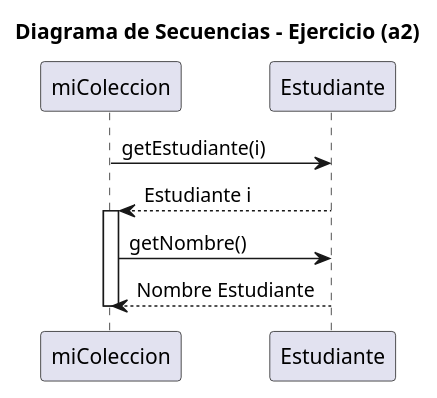
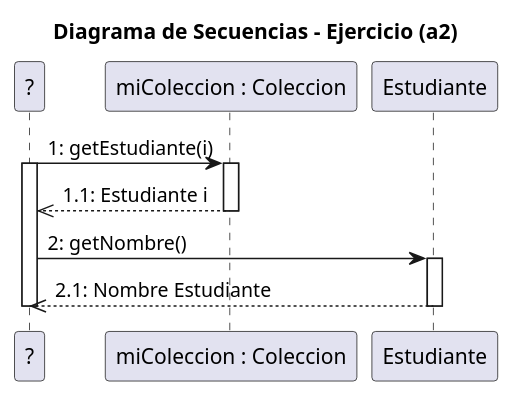
The diagram in docs/diagrams/P3-a2.plantuml (rahigrim/IS-022023), drawn with PlantUML before and after one commit. The commit also changed 1 other file, not shown here.

Commit message:
--FIXED/Understood-- | UNKNOWN Sequence Initiator

```diff
--- a/docs/diagrams/P3-a2.plantuml
+++ b/docs/diagrams/P3-a2.plantuml
@@ -1,15 +1,27 @@
 @startuml
 title Diagrama de Secuencias - Ejercicio (a2)
 
-participant "miColeccion" as MC 
+participant "?" as Unknown 
+participant "miColeccion : Coleccion" as MC 
 participant "Estudiante" as E
 
-MC -> E :getEstudiante(i)
-E --> MC : Estudiante i 
+/' Initiator-Trigger is actually UNKNOWN
+in miColeccion.getEstudiante(i).getNombre().
+Iniciador desconocido. '/
+
+/' Previous errors --> Uncertainty of Initiator.
+ Insightful understanding via answer keys document'/
+
+Unknown -> MC : 1: getEstudiante(i)
+Activate Unknown
 Activate MC 
-MC -> E :getNombre()
-E --> MC: Nombre Estudiante
+Unknown <<-- MC : 1.1: Estudiante i 
+ deactivate MC 
+Unknown  -> E : 2: getNombre()
 Deactivate MC
- 
+Activate E 
+Unknown <<-- E : 2.1: Nombre Estudiante
+Deactivate E
+Deactivate Unknown 
 
 @enduml
```
